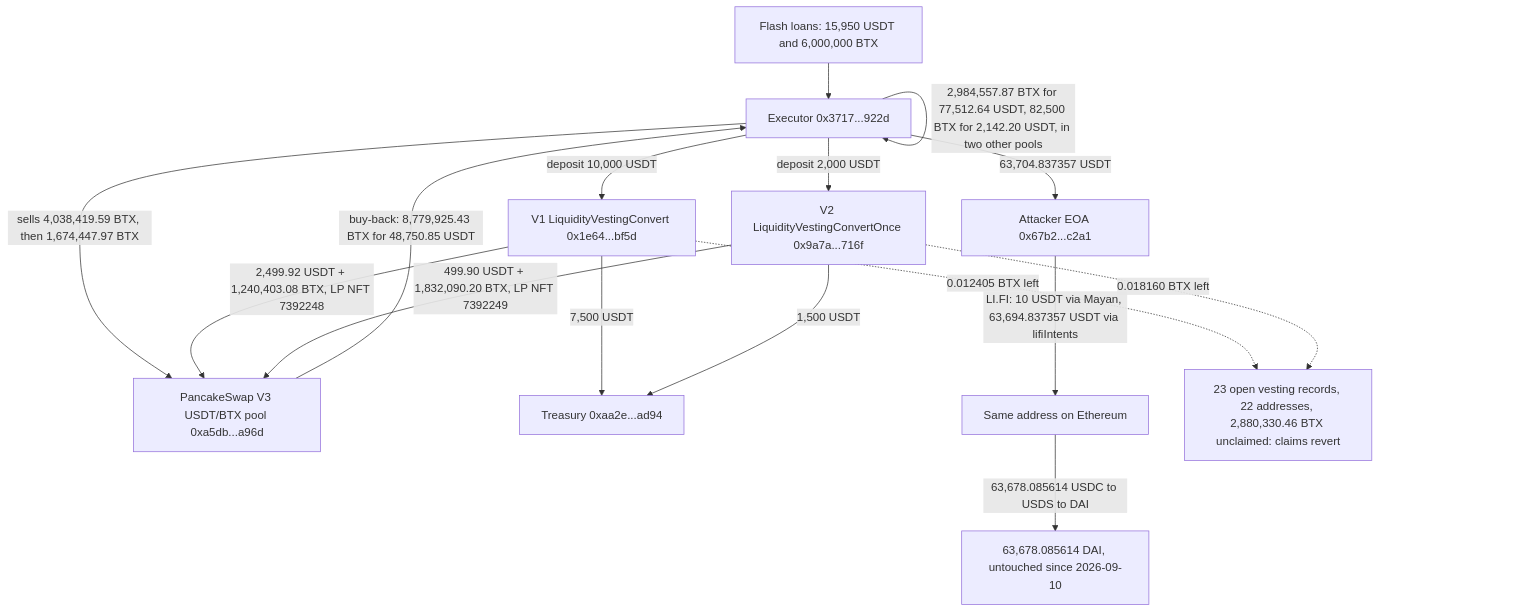
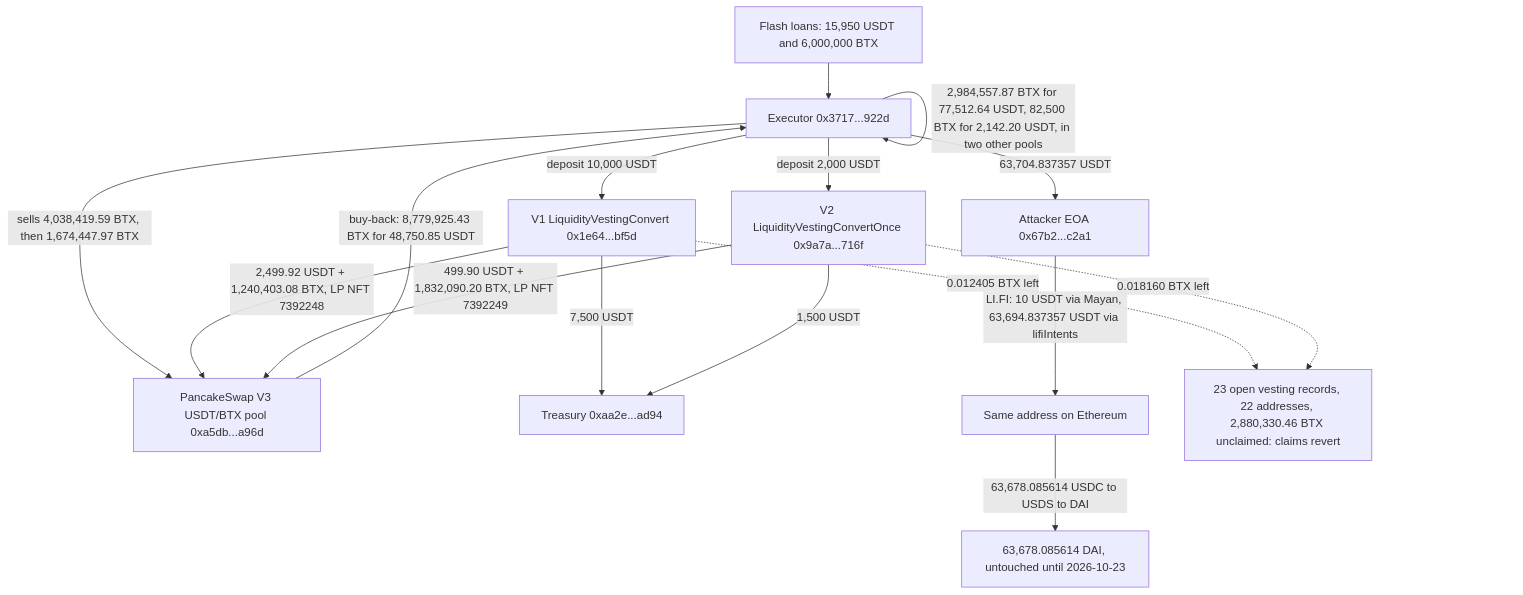
Before and after one commit to RealSpap/onchain-postmortems: the diagram in incidents/beatswap-vesting-slot0-reserve-drain/README.md, drawn with Mermaid. The commit also changed other lines of this file and 49 other files, not shown here.

````diff
--- a/incidents/beatswap-vesting-slot0-reserve-drain/README.md
+++ b/incidents/beatswap-vesting-slot0-reserve-drain/README.md
@@ -17,18 +17,18 @@
 ```mermaid
 flowchart TD
     FL["Flash loans: 15,950 USDT and 6,000,000 BTX"] --> EX["Executor 0x3717...922d"]
     EX -->|"sells 4,038,419.59 BTX, then 1,674,447.97 BTX"| POOL["PancakeSwap V3 USDT/BTX pool 0xa5db...a96d"]
     EX -->|"deposit 10,000 USDT"| V1["V1 LiquidityVestingConvert 0x1e64...bf5d"]
     EX -->|"deposit 2,000 USDT"| V2["V2 LiquidityVestingConvertOnce 0x9a7a...716f"]
     V1 -->|"7,500 USDT"| TR["Treasury 0xaa2e...ad94"]
     V2 -->|"1,500 USDT"| TR
     V1 -->|"2,499.92 USDT + 1,240,403.08 BTX, LP NFT 7392248"| POOL
     V2 -->|"499.90 USDT + 1,832,090.20 BTX, LP NFT 7392249"| POOL
     POOL -->|"buy-back: 8,779,925.43 BTX for 48,750.85 USDT"| EX
     EX -->|"2,984,557.87 BTX for 77,512.64 USDT, 82,500 BTX for 2,142.20 USDT, in two other pools"| EX
     EX -->|"63,704.837357 USDT"| EOA["Attacker EOA 0x67b2...c2a1"]
     EOA -->|"LI.FI: 10 USDT via Mayan, 63,694.837357 USDT via lifiIntents"| ETH["Same address on Ethereum"]
-    ETH -->|"63,678.085614 USDC to USDS to DAI"| DAI["63,678.085614 DAI, untouched since 2026-09-10"]
+    ETH -->|"63,678.085614 USDC to USDS to DAI"| DAI["63,678.085614 DAI, untouched until 2026-10-23"]
     V1 -.->|"0.012405 BTX left"| LEGIT["23 open vesting records, 22 addresses, 2,880,330.46 BTX unclaimed: claims revert"]
     V2 -.->|"0.018160 BTX left"| LEGIT
 ```
````
